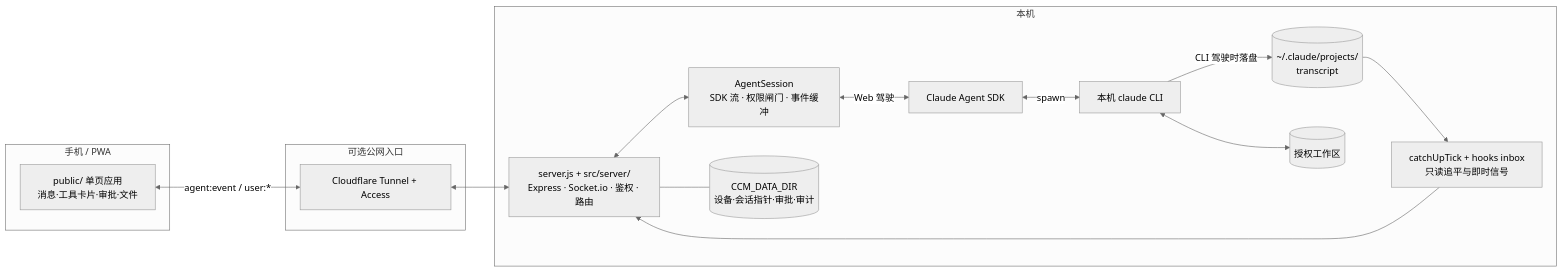
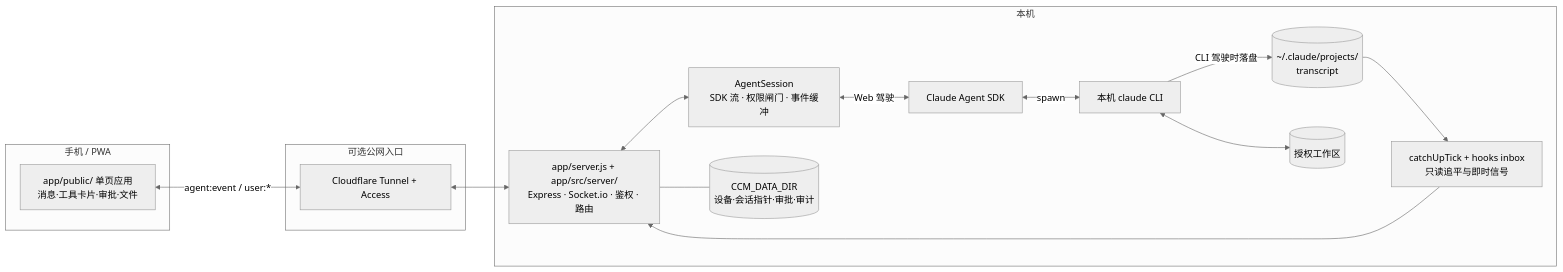
The diagram in docs/architecture.md (Ike-li/claude-chat-mobile), drawn with Mermaid (neutral theme) before and after one commit. The commit also changed other lines of this file and 393 other files, not shown here.

First line of the commit message:
refactor(repo): 运行时代码收进 app/（src + public + server.js）

````diff
--- a/docs/architecture.md
+++ b/docs/architecture.md
@@ -20,27 +20,27 @@
 ```mermaid
 graph LR
     subgraph Phone["手机 / PWA"]
-        UI["public/ 单页应用<br/>消息·工具卡片·审批·文件"]
+        UI["app/public/ 单页应用<br/>消息·工具卡片·审批·文件"]
     end
     subgraph Edge["可选公网入口"]
         CF["Cloudflare Tunnel + Access"]
     end
     subgraph Host["本机"]
-        S["server.js + src/server/<br/>Express · Socket.io · 鉴权 · 路由"]
+        S["app/server.js + app/src/server/<br/>Express · Socket.io · 鉴权 · 路由"]
         A["AgentSession<br/>SDK 流 · 权限闸门 · 事件缓冲"]
         SDK["Claude Agent SDK"]
         CLI["本机 claude CLI"]
         T[("~/.claude/projects/<br/>transcript")]
         H["catchUpTick + hooks inbox<br/>只读追平与即时信号"]
         D[("CCM_DATA_DIR<br/>设备·会话指针·审批·审计")]
         FS[("授权工作区")]
     end
 
     UI <-->|"agent:event / user:*"| CF <--> S
     S <--> A
     A <-->|"Web 驾驶"| SDK <-->|spawn| CLI
     CLI <--> FS
     CLI -->|"CLI 驾驶时落盘"| T
     T --> H --> S
     S --- D
 ```
````
